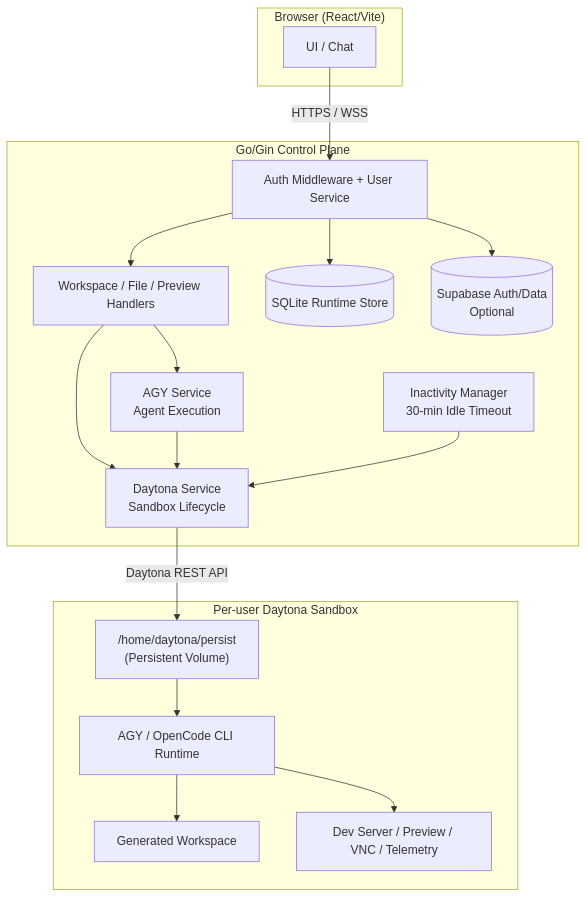
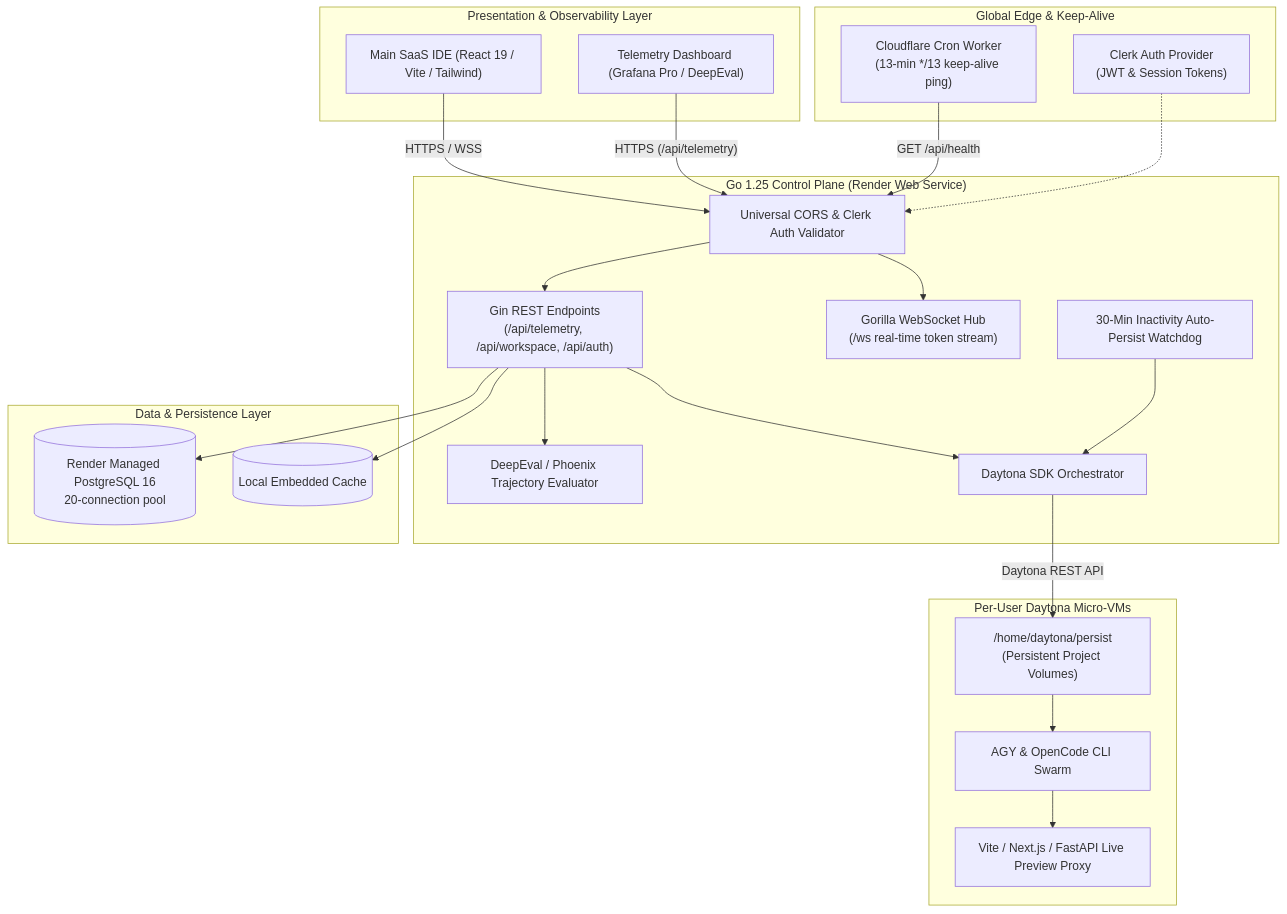
The diagram in README.md (aksri648/antigravity-ui), drawn with Mermaid before and after one commit. The commit also changed other lines of this file and 1 other file, not shown here.

Commit message:
docs: update in-app documentation and root README with Clerk auth, PostgreSQL, Grafana telemetry, and DeepEval benchmarks

````diff
--- a/README.md
+++ b/README.md
@@ -9,36 +27,49 @@
 ```mermaid
 flowchart TD
-    subgraph Browser["Browser (React/Vite)"]
-        UI[UI / Chat]
+    subgraph Clients["Presentation & Observability Layer"]
+        UI["Main SaaS IDE (React 19 / Vite / Tailwind)"]
+        Telemetry["Telemetry Dashboard (Grafana Pro / DeepEval)"]
     end
 
-    subgraph ControlPlane["Go/Gin Control Plane"]
-        Auth[Auth Middleware + User Service]
-        WS[Workspace / File / Preview Handlers]
-        AGY[AGY Service<br/>Agent Execution]
-        DaytonaSvc[Daytona Service<br/>Sandbox Lifecycle]
-        Idle[Inactivity Manager<br/>30-min Idle Timeout]
-        SQLite[(SQLite Runtime Store)]
-        Supabase[(Supabase Auth/Data<br/>Optional)]
+    subgraph Edge["Global Edge & Keep-Alive"]
+        CFWorker["Cloudflare Cron Worker<br/>(13-min */13 keep-alive ping)"]
+        Clerk["Clerk Auth Provider<br/>(JWT & Session Tokens)"]
     end
 
-    subgraph Sandbox["Per-user Daytona Sandbox"]
-        Vol["/home/daytona/persist<br/>(Persistent Volume)"]
-        Runtime[AGY / OpenCode CLI Runtime]
-        Workspace[Generated Workspace]
-        DevServer[Dev Server / Preview / VNC / Telemetry]
+    subgraph ControlPlane["Go 1.25 Control Plane (Render Web Service)"]
+        AuthMiddleware["Universal CORS & Clerk Auth Validator"]
+        API["Gin REST Endpoints<br/>(/api/telemetry, /api/workspace, /api/auth)"]
+        WSHub["Gorilla WebSocket Hub<br/>(/ws real-time token stream)"]
+        EvalEngine["DeepEval / Phoenix Trajectory Evaluator"]
+        DaytonaOrchestrator["Daytona SDK Orchestrator"]
+        InactivityWatchdog["30-Min Inactivity Auto-Persist Watchdog"]
     end
 
-    UI -- "HTTPS / WSS" --> Auth
-    Auth --> WS
-    WS --> AGY
-    WS --> DaytonaSvc
-    AGY --> DaytonaSvc
-    Idle --> DaytonaSvc
-    Auth --> SQLite
-    Auth --> Supabase
-    DaytonaSvc -- "Daytona REST API" --> Vol
-    Vol --> Runtime
-    Runtime --> Workspace
+    subgraph DataStore["Data & Persistence Layer"]
+        Postgres[(Render Managed PostgreSQL 16<br/>20-connection pool)]
+        SQLite[(Local Embedded Cache)]
+    end
+
+    subgraph Sandboxes["Per-User Daytona Micro-VMs"]
+        Volume["/home/daytona/persist<br/>(Persistent Project Volumes)"]
+        Runtime["AGY & OpenCode CLI Swarm"]
+        DevServer["Vite / Next.js / FastAPI Live Preview Proxy"]
+    end
+
+    UI -- "HTTPS / WSS" --> AuthMiddleware
+    Telemetry -- "HTTPS (/api/telemetry)" --> AuthMiddleware
+    CFWorker -- "GET /api/health" --> AuthMiddleware
+    Clerk -.-> AuthMiddleware
+
+    AuthMiddleware --> API
+    AuthMiddleware --> WSHub
+    API --> EvalEngine
+    API --> Postgres
+    API --> SQLite
+    API --> DaytonaOrchestrator
+    InactivityWatchdog --> DaytonaOrchestrator
+
+    DaytonaOrchestrator -- "Daytona REST API" --> Volume
+    Volume --> Runtime
     Runtime --> DevServer
 ```
````
